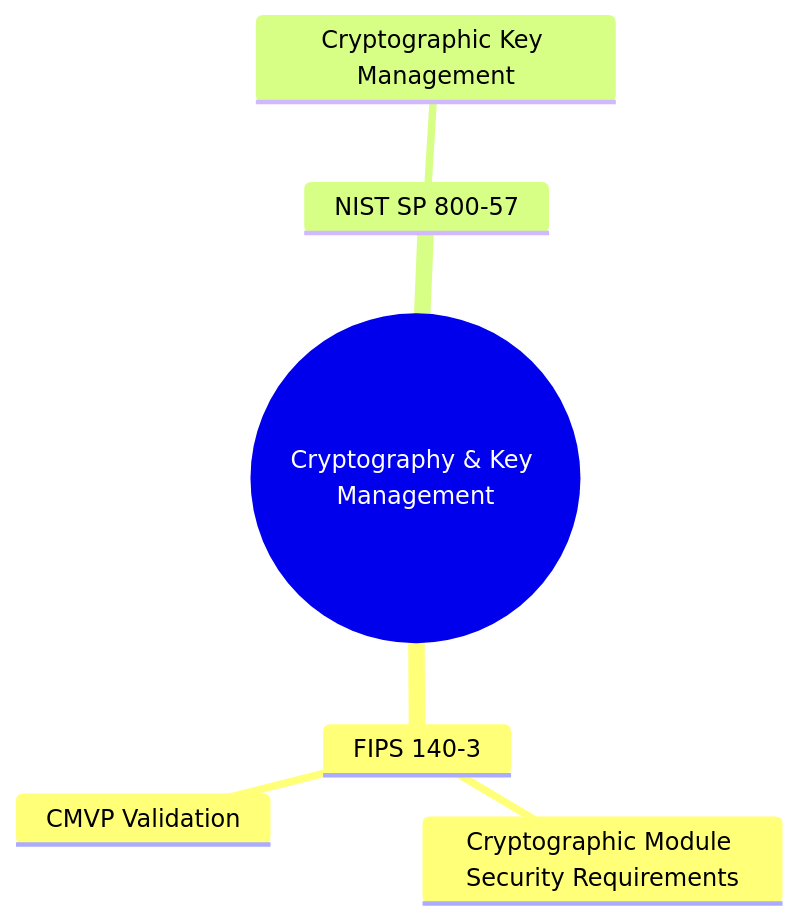
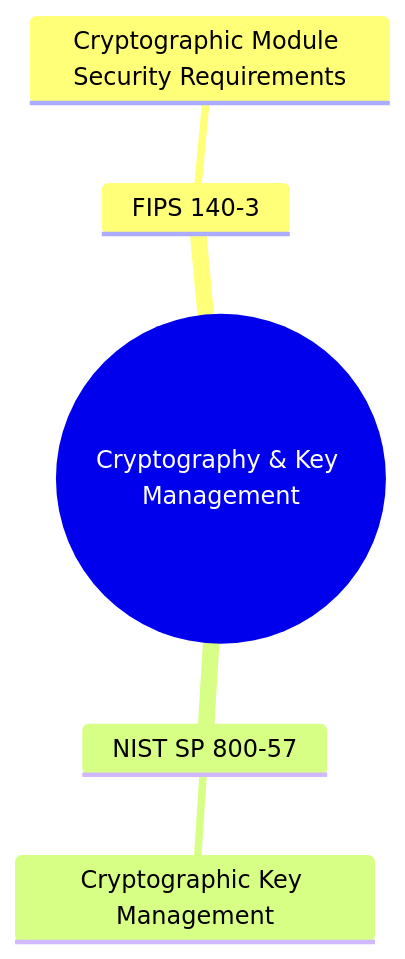
The diagram in cybersecurity-grc-map/docs/cryptography-key-management.md (carybdea/mindmaps), drawn with Mermaid before and after one commit. The commit also changed 19 other files, not shown here.

First line of the commit message:
Reorganize mind map structure

````diff
--- a/cybersecurity-grc-map/docs/cryptography-key-management.md
+++ b/cybersecurity-grc-map/docs/cryptography-key-management.md
@@ -3,9 +3,8 @@
 ```mermaid
 mindmap
   root((Cryptography & Key Management))
     FIPS 140-3
       Cryptographic Module Security Requirements
-      CMVP Validation
     NIST SP 800-57
       Cryptographic Key Management
 ```
````
